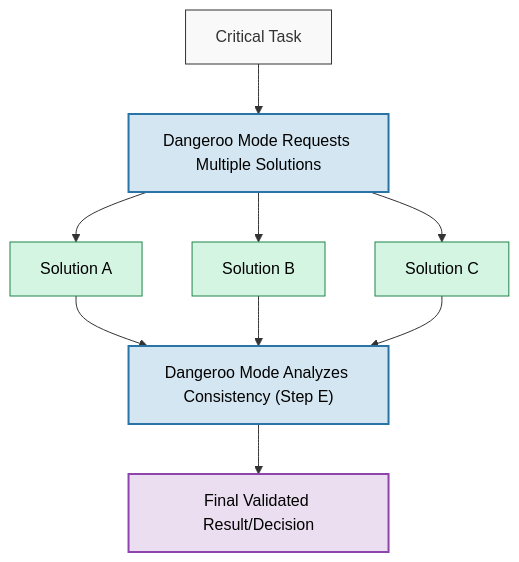
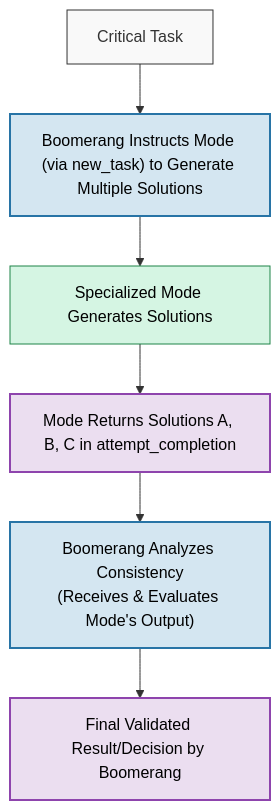
One commit to darrynv/dangeroo changed the tenth of 11 diagrams in README.md. Above: the diagram before and after it, drawn with Mermaid. The commit also changed other lines of this file and 31 other files, not shown here.

````diff
--- a/README.md
+++ b/README.md
@@ -429,23 +477,22 @@
     ```mermaid
     flowchart TD
-        A["Critical Task"] --> B["Dangeroo Mode Requests Multiple Solutions"]
+        A["Critical Task"] --> B["Boomerang Instructs Mode (via new_task) to Generate Multiple Solutions"]
 
-        B --> C["Solution A"]
-        B --> D["Solution B"]
-        B --> E["Solution C"]
+        B --> C["Specialized Mode Generates Solutions"]
 
-        C --> F["Dangeroo Mode Analyzes Consistency (Step E)"]
-        D --> F
-        E --> F
+        C --> D["Mode Returns Solutions A, B, C in attempt_completion"]
 
-        F --> G["Final Validated Result/Decision"]
+        D --> E["Boomerang Analyzes Consistency\n(Receives & Evaluates Mode's Output)"]
+
+
+        E --> F["Final Validated Result/Decision by Boomerang"]
 
         classDef default fill:#f9f9f9,stroke:#333,stroke-width:1px,color:#333
         classDef focus fill:#d4e6f1,stroke:#2874a6,stroke-width:2px,color:#000
         classDef solution fill:#d5f5e3,stroke:#1e8449,stroke-width:1px,color:#000
         classDef result fill:#ebdef0,stroke:#8e44ad,stroke-width:2px,color:#000
 
-        class B,F focus
-        class C,D,E solution
-        class G result
+        class B,E focus
+        class C solution
+        class D,F result
     ```
````
